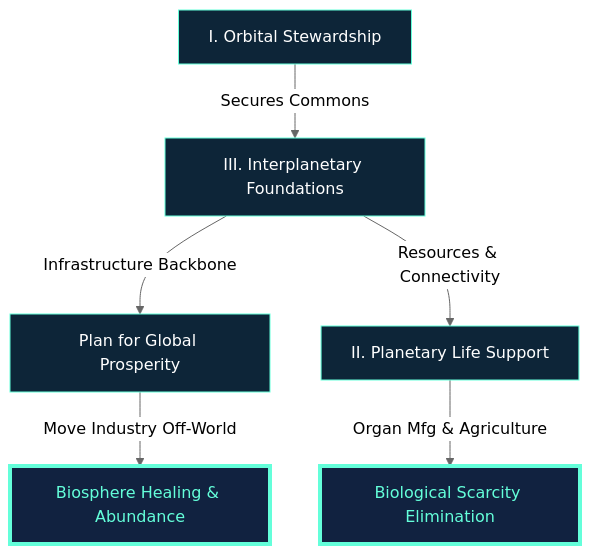
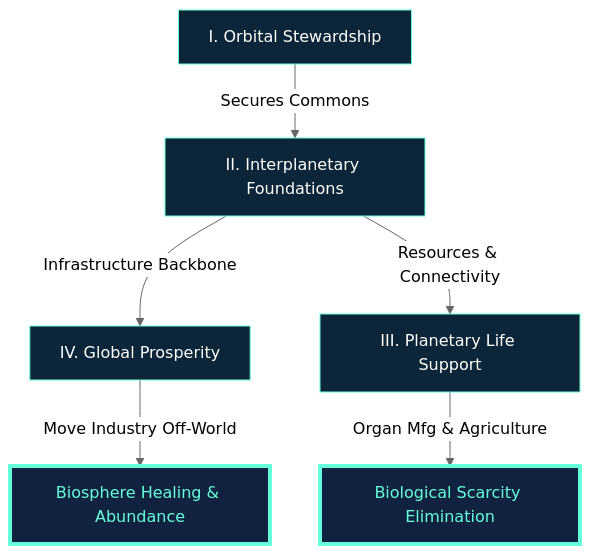
One commit to stellardreams/asi.surge.sh changed the diagram in REQUIREMENTS.md. Above: the diagram before and after it, drawn with Mermaid (neutral theme). The commit also changed 2 other files, not shown here.

Commit message:
synchronized tiles and mermaid area via or for #7

````diff
--- a/REQUIREMENTS.md
+++ b/REQUIREMENTS.md
@@ -4,15 +4,15 @@
 ```mermaid
 graph TD
-    A["I. Orbital Stewardship"] -->|Secures Commons| B["III. Interplanetary Foundations"]
-    B -->|Infrastructure Backbone| C["Plan for Global Prosperity"]
+    A["I. Orbital Stewardship"] -->|Secures Commons| B["II. Interplanetary Foundations"]
+    B -->|Infrastructure Backbone| C["IV. Global Prosperity"]
     C -->|Move Industry Off-World| D["Biosphere Healing & Abundance"]
-    B -->|Resources & Connectivity| E["II. Planetary Life Support"]
+    B -->|Resources & Connectivity| E["III. Planetary Life Support"]
     E -->|Organ Mfg & Agriculture| F["Biological Scarcity Elimination"]
     
     style A fill:#0d2538,stroke:#64ffda,color:#fff
     style B fill:#0d2538,stroke:#64ffda,color:#fff
     style C fill:#0d2538,stroke:#64ffda,color:#fff
     style D fill:#112240,stroke:#64ffda,color:#64ffda,stroke-width:4px
     style E fill:#0d2538,stroke:#64ffda,color:#fff
     style F fill:#112240,stroke:#64ffda,color:#64ffda,stroke-width:4px
 ```
````
